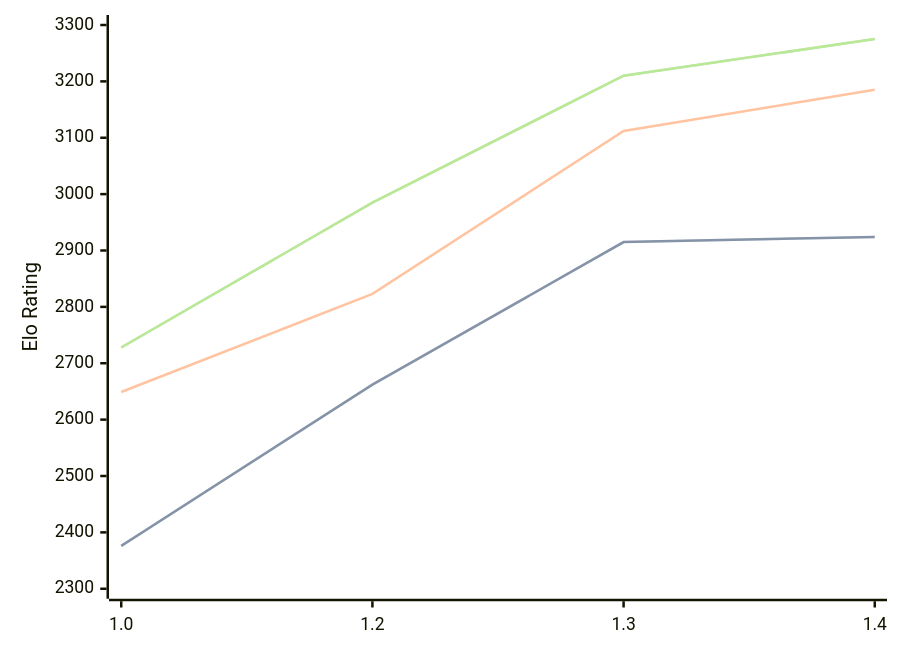
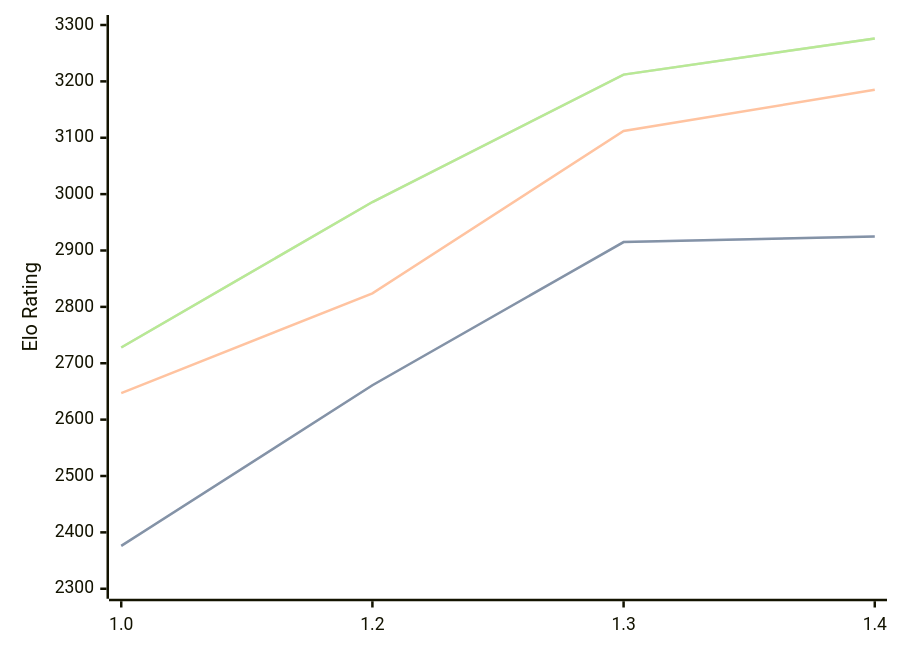
One commit to computer-chess-index/cci changed the diagram in engines/Chessnix.md. Above: the diagram before and after it, drawn with Mermaid. The commit also changed other lines of this file, not shown here.

Commit message:
Update CCI Ratings (ELO VLTC) - 2026-05-03

````diff
--- a/engines/Chessnix.md
+++ b/engines/Chessnix.md
@@ -36,11 +36,11 @@
 ```mermaid
 %%{init: {"theme":"base","themeVariables":{"seriesColors:['#a3a3a3','#222221','#faa371']}}}%%
 xychart-beta
   x-axis ["1.0", "1.2", "1.3", "1.4"]
   y-axis "Elo Rating" 2300 --> 3300
-  line "STC (8.0+0.08s)" [2376, 2662, 2915, 2924]
-  line "STC (8.0+0.08s)" [2376, 2662, 2915, 2924]
-  line "LTC (60.0+0.60s)" [2649, 2823, 3112, 3185]
-  line "VLTC (2m24s+1.12s)" [2728, 2985, 3210, 3275]
-  line "VLTC (2m24s+1.12s)" [2728, 2985, 3210, 3275]
+  line "STC (8.0+0.08s)" [2376, 2661, 2915, 2925]
+  line "STC (8.0+0.08s)" [2376, 2661, 2915, 2925]
+  line "LTC (60.0+0.60s)" [2647, 2824, 3112, 3185]
+  line "VLTC (2m24s+1.12s)" [2728, 2986, 3212, 3276]
+  line "VLTC (2m24s+1.12s)" [2728, 2986, 3212, 3276]
 ```
````
